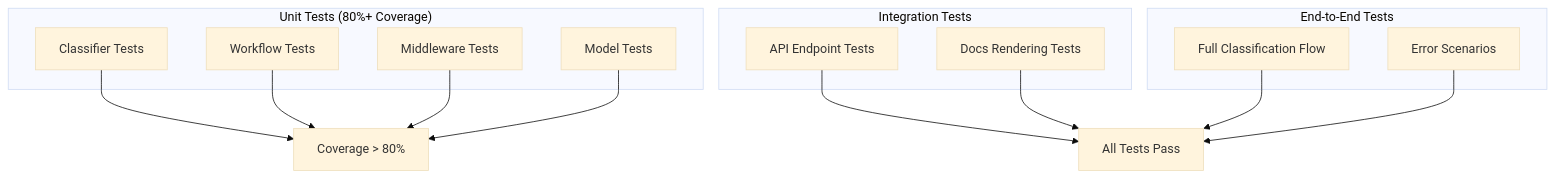
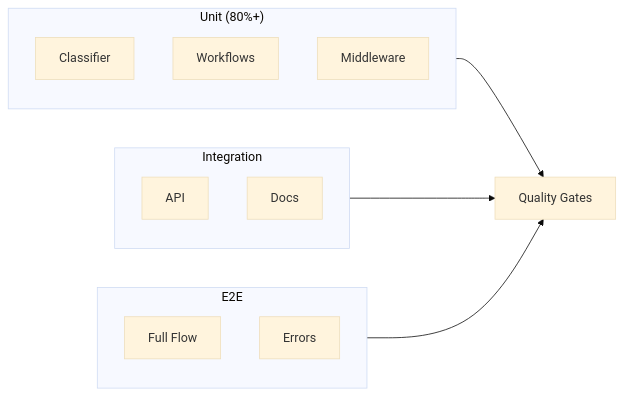
The first of 3 diagrams in docs/evaluation.md (kvasilopoulos/contact-center), drawn with Mermaid (base theme) before and after one commit. The commit also changed other lines of this file and 14 other files, not shown here.

````diff
--- a/docs/evaluation.md
+++ b/docs/evaluation.md
@@ -5,28 +10,19 @@
 ```mermaid
-graph TB
-    subgraph Unit["Unit Tests (80%+ Coverage)"]
-        U1[Classifier Tests]
-        U2[Workflow Tests]
-        U3[Middleware Tests]
-        U4[Model Tests]
+graph LR
+    subgraph Unit["Unit (80%+)"]
+        U1[Classifier]
+        U2[Workflows]
+        U3[Middleware]
     end
-    
-    subgraph Integration["Integration Tests"]
-        I1[API Endpoint Tests]
-        I2[Docs Rendering Tests]
+    subgraph Integration["Integration"]
+        I1[API]
+        I2[Docs]
     end
-    
-    subgraph E2E["End-to-End Tests"]
-        E1[Full Classification Flow]
-        E2[Error Scenarios]
+    subgraph E2E["E2E"]
+        E1[Full Flow]
+        E2[Errors]
     end
-    
-    U1 --> Q1[Coverage > 80%]
-    U2 --> Q1
-    U3 --> Q1
-    U4 --> Q1
-    I1 --> Q2[All Tests Pass]
-    I2 --> Q2
-    E1 --> Q2
-    E2 --> Q2
+    Unit --> Q[Quality Gates]
+    Integration --> Q
+    E2E --> Q
 ```
````
